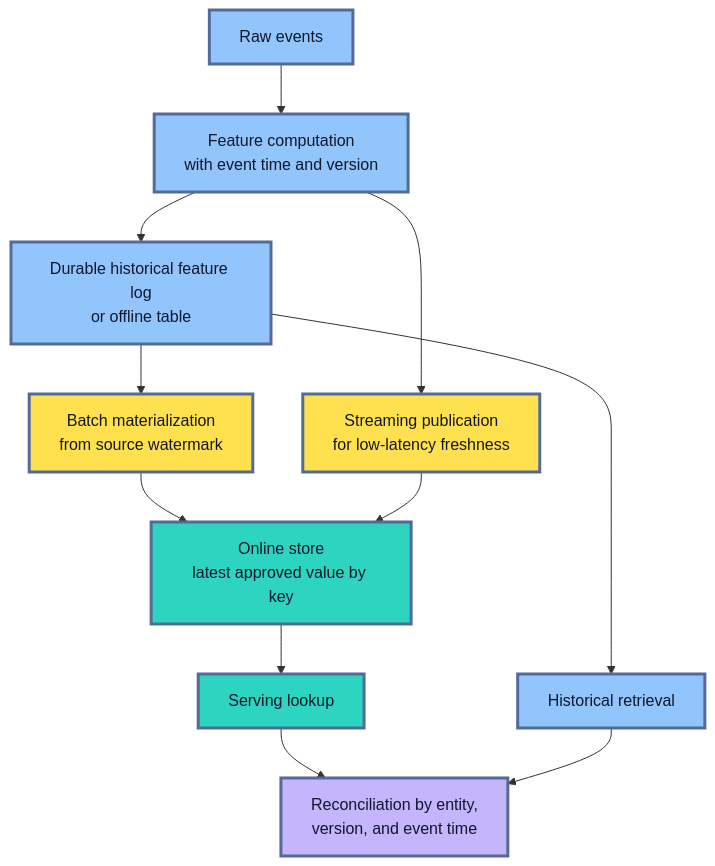
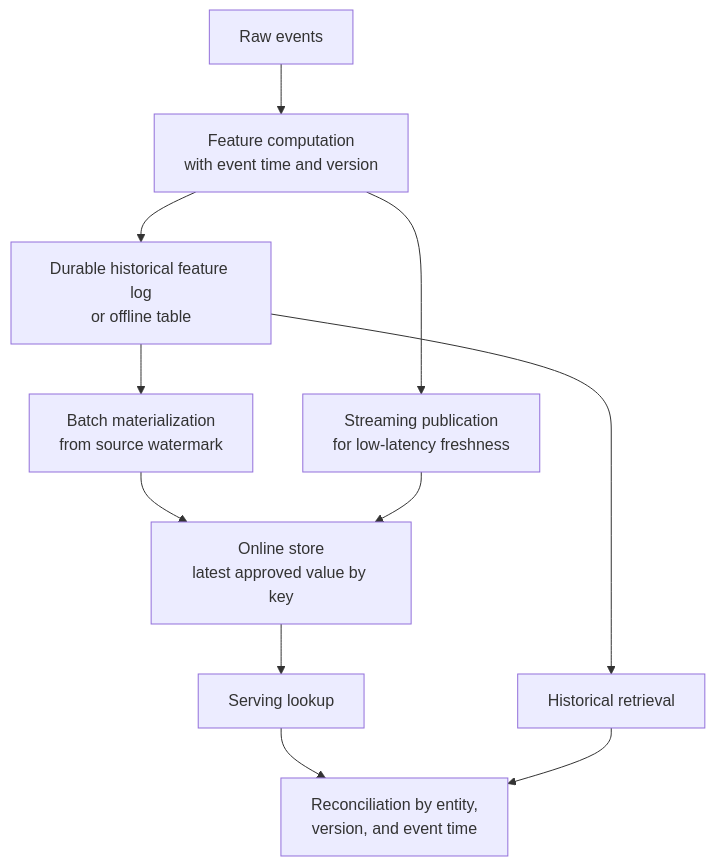
Before and after one commit to senlinyy/dev-roadmaps: the third of 7 diagrams in roadmaps/mlops/modules/data-for-ml-systems/feature-management/02-online-vs-offline-features.md, drawn with Mermaid. The commit also changed other lines of this file and 152 other files, not shown here.

Commit message:
feat: mlops and diagrams updated

````diff
--- a/roadmaps/mlops/modules/data-for-ml-systems/feature-management/02-online-vs-offline-features.md
+++ b/roadmaps/mlops/modules/data-for-ml-systems/feature-management/02-online-vs-offline-features.md
@@ -240,22 +232,18 @@
 ```mermaid
 flowchart TD
     A["Raw events"] --> B["Feature computation<br/>with event time and version"]
     B --> C["Durable historical feature log<br/>or offline table"]
     C --> D["Batch materialization<br/>from source watermark"]
     B --> E["Streaming publication<br/>for low-latency freshness"]
     D --> F["Online store<br/>latest approved value by key"]
     E --> F
     F --> G["Serving lookup"]
     C --> H["Historical retrieval"]
     G --> I["Reconciliation by entity,<br/>version, and event time"]
     H --> I
 
-    classDef source fill:#93C5FD,stroke:#536A9A,stroke-width:3px,color:#0F172A
-    classDef bridge fill:#FFE04F,stroke:#536A9A,stroke-width:3px,color:#111827
-    classDef online fill:#2DD4BF,stroke:#536A9A,stroke-width:3px,color:#0F172A
-    classDef evidence fill:#C4B5FD,stroke:#536A9A,stroke-width:3px,color:#0F172A
     class A,B,C,H source
     class D,E bridge
     class F,G online
     class I evidence
 ```
````
